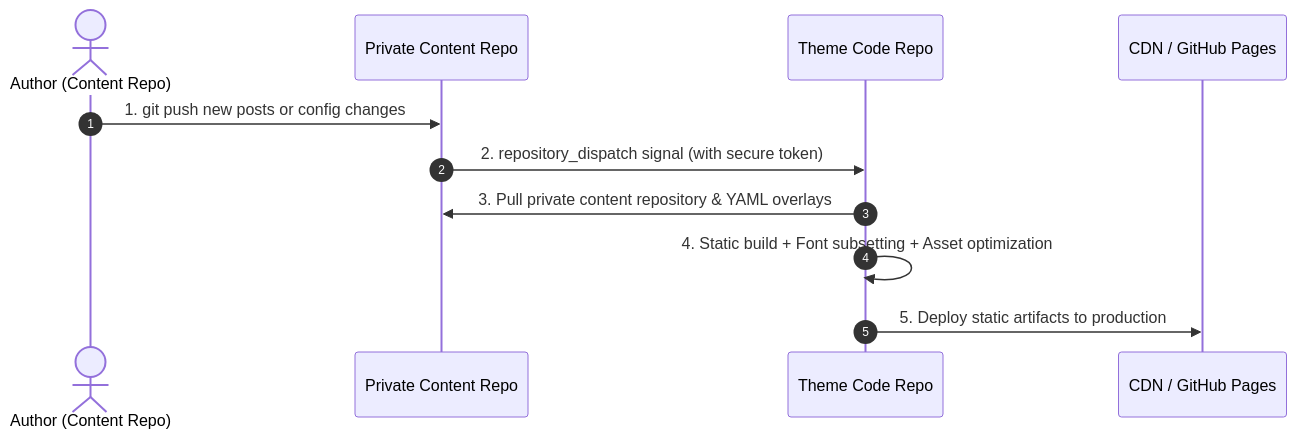
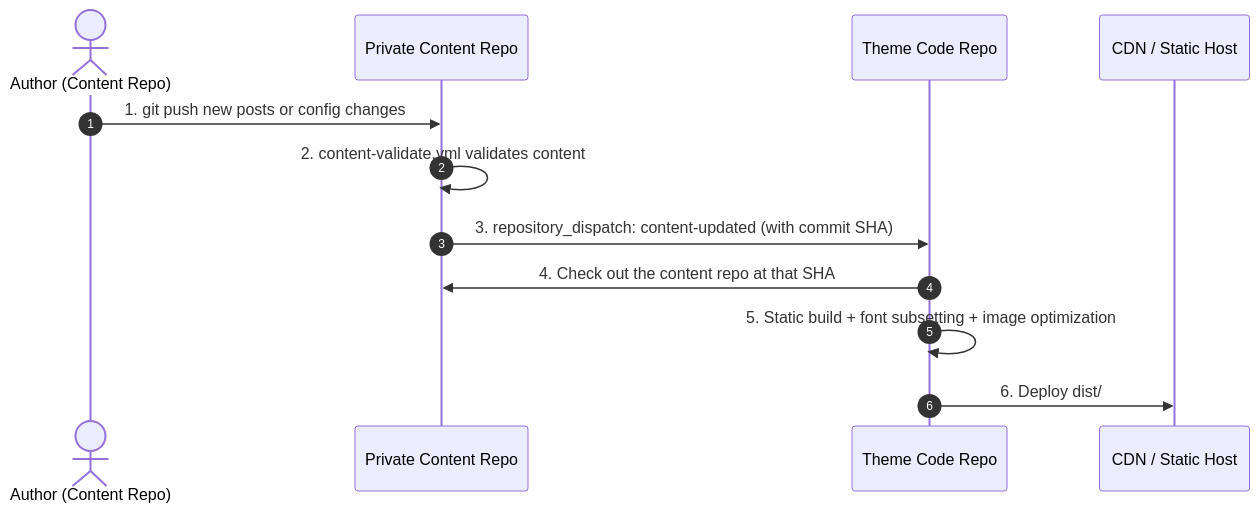
The diagram in docs/en/guide/content-separation/ci-dispatch/README.md (LyraVoid/Shirone-Docs), drawn with Mermaid before and after one commit. The commit also changed other lines of this file and 3 other files, not shown here.

````diff
--- a/docs/en/guide/content-separation/ci-dispatch/README.md
+++ b/docs/en/guide/content-separation/ci-dispatch/README.md
@@ -11,14 +14,15 @@
 ```mermaid
 sequenceDiagram
     autonumber
     actor Author as Author (Content Repo)
     participant ContentRepo as Private Content Repo
     participant ThemeRepo as Theme Code Repo
-    participant DeployTarget as CDN / GitHub Pages
+    participant DeployTarget as CDN / Static Host
 
     Author->>ContentRepo: 1. git push new posts or config changes
-    ContentRepo->>ThemeRepo: 2. repository_dispatch signal (with secure token)
-    ThemeRepo->>ContentRepo: 3. Pull private content repository & YAML overlays
-    ThemeRepo->>ThemeRepo: 4. Static build + Font subsetting + Asset optimization
-    ThemeRepo->>DeployTarget: 5. Deploy static artifacts to production
+    ContentRepo->>ContentRepo: 2. content-validate.yml validates content
+    ContentRepo->>ThemeRepo: 3. repository_dispatch: content-updated (with commit SHA)
+    ThemeRepo->>ContentRepo: 4. Check out the content repo at that SHA
+    ThemeRepo->>ThemeRepo: 5. Static build + font subsetting + image optimization
+    ThemeRepo->>DeployTarget: 6. Deploy dist/
 ```
````
